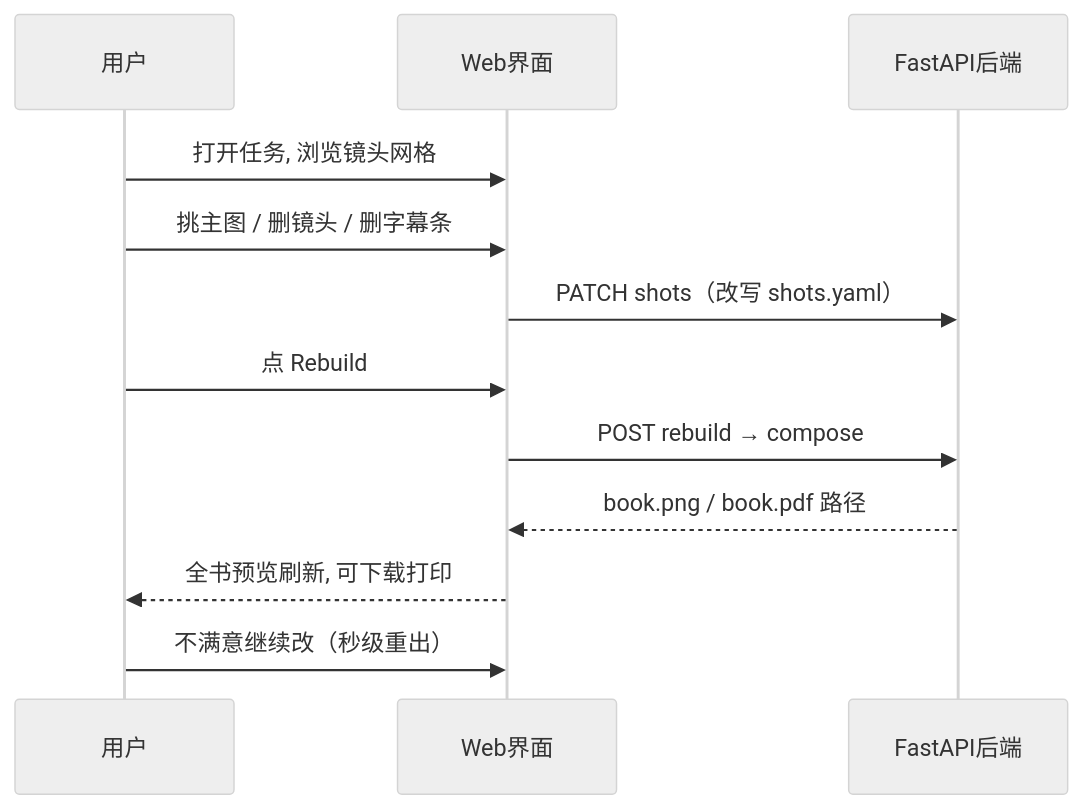
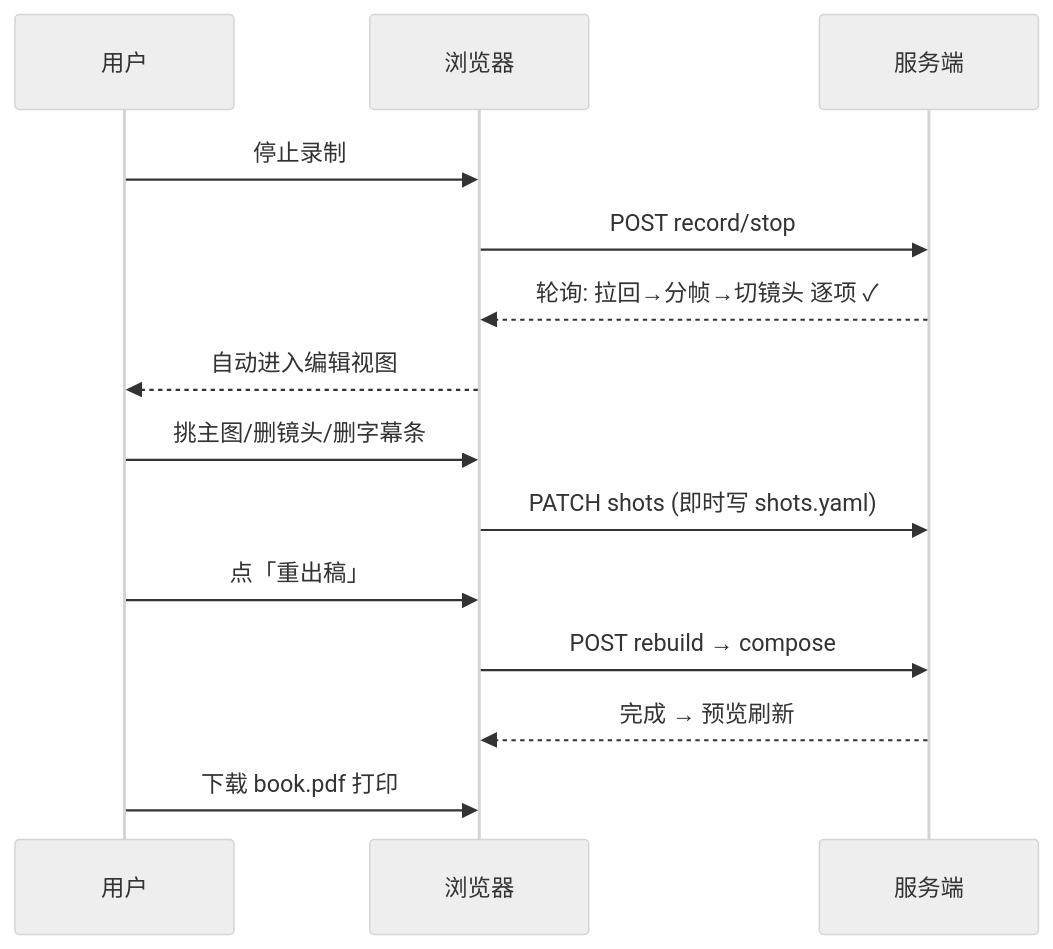
One commit to chechem3/video_book_workbench changed the third of 3 diagrams in doc/plan/202611111915_半自动截图画册实现方案.md. Above: the diagram before and after it, drawn with Mermaid (neutral theme). The commit also changed other lines of this file and 15 other files, not shown here.

First line of the commit message:
v3 纯 Web 一条龙：录制→分帧→切镜头→OCR台词→编辑→多版式 PDF

````diff
--- a/doc/plan/202611111915_半自动截图画册实现方案.md
+++ b/doc/plan/202611111915_半自动截图画册实现方案.md
@@ -92,14 +219,16 @@
 ```mermaid
 sequenceDiagram
     participant U as 用户
-    participant W as Web界面
-    participant S as FastAPI后端
-    U->>W: 打开任务, 浏览镜头网格
-    U->>W: 挑主图 / 删镜头 / 删字幕条
-    W->>S: PATCH shots（改写 shots.yaml）
-    U->>W: 点 Rebuild
-    W->>S: POST rebuild → compose
-    S-->>W: book.png / book.pdf 路径
-    W-->>U: 全书预览刷新, 可下载打印
-    U->>W: 不满意继续改（秒级重出）
+    participant B as 浏览器
+    participant S as 服务端
+    U->>B: 停止录制
+    B->>S: POST record/stop
+    S-->>B: 轮询: 拉回→分帧→切镜头 逐项 ✓
+    B-->>U: 自动进入编辑视图
+    U->>B: 挑主图/删镜头/删字幕条
+    B->>S: PATCH shots (即时写 shots.yaml)
+    U->>B: 点「重出稿」
+    B->>S: POST rebuild → compose
+    S-->>B: 完成 → 预览刷新
+    U->>B: 下载 book.pdf 打印
 ```
````
